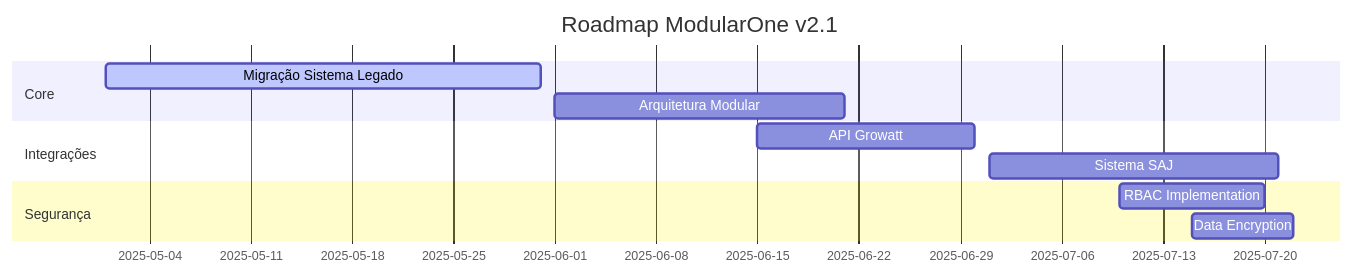
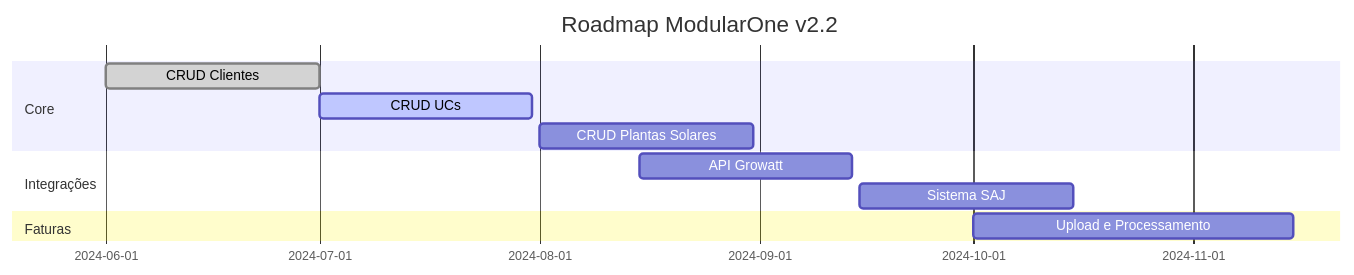
One commit to ottoffilho/modularone changed the second of 6 diagrams in .cursor/rules/contexto-modularone.md. Above: the diagram before and after it, drawn with Mermaid. The commit also changed other lines of this file and 29 other files, not shown here.

Commit message:
Correção completa de mapeamento de banco de dados e implementação de segurança OWASP - Corrigido mapeamento de colunas UCForm/UCDetails/FaturasUpload - Implementado segurança: .env, SHA-256, rate limiting, CSRF, sanitização - Adicionado @ts-ignore para compatibilidade Zod/React Hook Form

````diff
--- a/.cursor/rules/contexto-modularone.md
+++ b/.cursor/rules/contexto-modularone.md
@@ -27,14 +29,14 @@
 ```mermaid
 gantt
-    title Roadmap ModularOne v2.1
+    title Roadmap ModularOne v2.2
     dateFormat  YYYY-MM-DD
     section Core
-    Migração Sistema Legado     :active, 2025-05-01, 30d
-    Arquitetura Modular         :2025-06-01, 20d
+    CRUD Clientes        :done, 2024-06-01, 30d
+    CRUD UCs             :active, 2024-07-01, 30d
+    CRUD Plantas Solares :2024-08-01, 30d
     section Integrações
-    API Growatt                 :2025-06-15, 15d
-    Sistema SAJ                 :2025-07-01, 20d
-    section Segurança
-    RBAC Implementation        :2025-07-10, 10d
-    Data Encryption            :2025-07-15, 7d
+    API Growatt          :2024-08-15, 30d
+    Sistema SAJ          :2024-09-15, 30d
+    section Faturas
+    Upload e Processamento :2024-10-01, 45d
 ```
````
